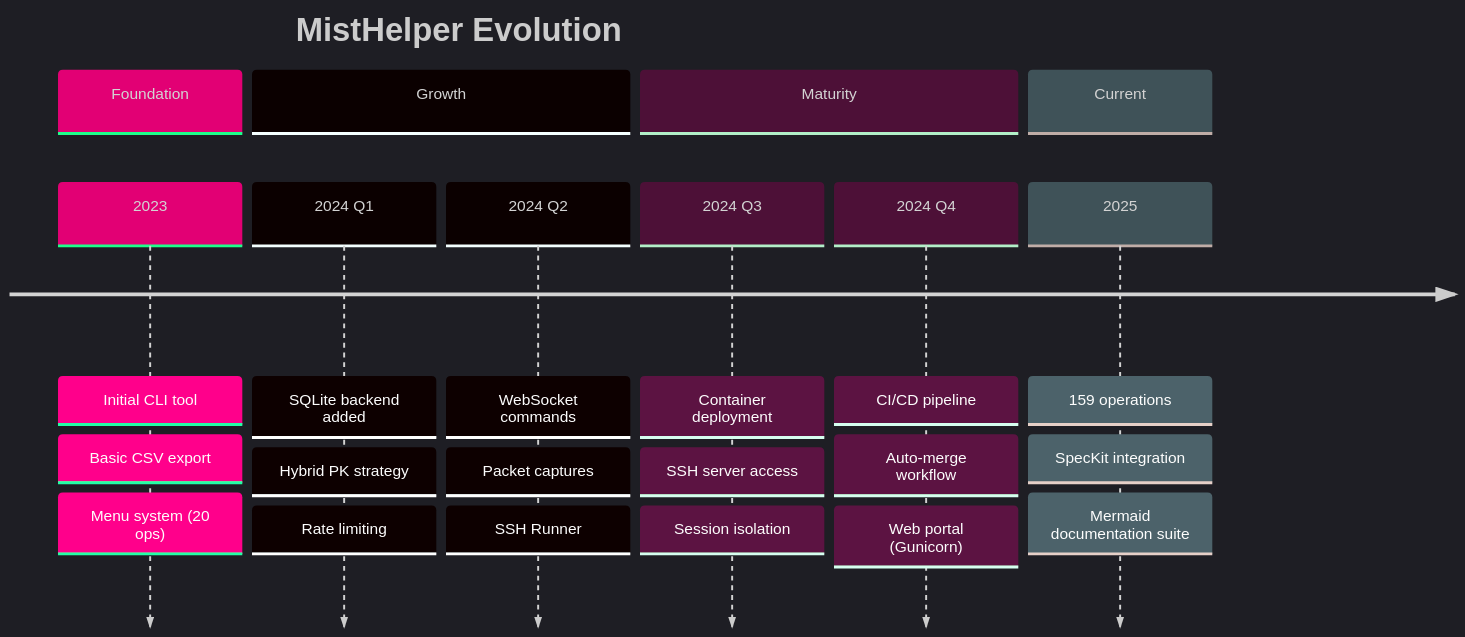
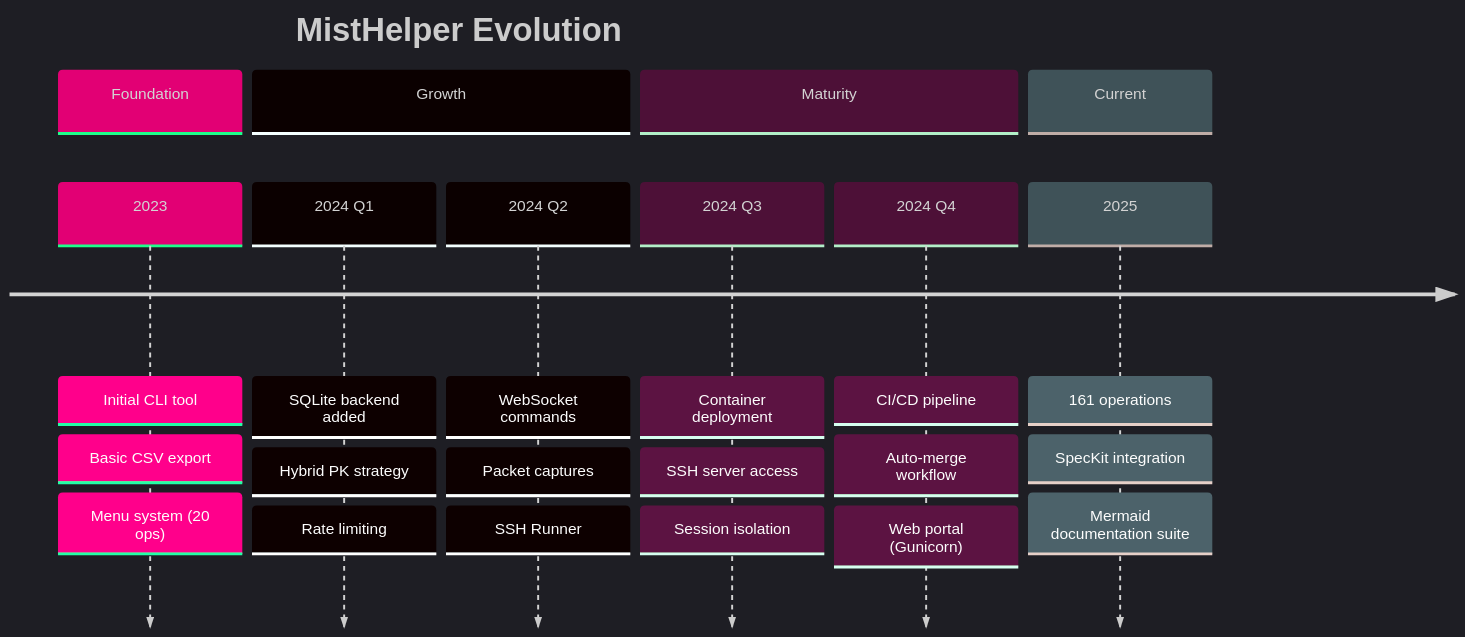
The fifth of 5 diagrams in documentation/diagrams/operations/metrics-and-analytics.md (jmorrison-juniper/MistHelper), drawn with Mermaid before and after one commit. The commit also changed other lines of this file and 5 other files, not shown here.

````diff
--- a/documentation/diagrams/operations/metrics-and-analytics.md
+++ b/documentation/diagrams/operations/metrics-and-analytics.md
@@ -148,35 +147,35 @@
 ```mermaid
 %%{init: {'theme': 'dark', 'themeVariables': {
   'primaryColor': '#E20074',
   'primaryTextColor': '#E0E0E0',
   'primaryBorderColor': '#99004D',
   'lineColor': '#FF4DA6',
   'secondaryColor': '#16213E',
   'tertiaryColor': '#1A1A2E',
   'fontFamily': 'ui-monospace, monospace'
 }}}%%
 timeline
     title MistHelper Evolution
     section Foundation
         2023 : Initial CLI tool
              : Basic CSV export
              : Menu system (20 ops)
     section Growth
         2024 Q1 : SQLite backend added
                 : Hybrid PK strategy
                 : Rate limiting
         2024 Q2 : WebSocket commands
                 : Packet captures
                 : SSH Runner
     section Maturity
         2024 Q3 : Container deployment
                 : SSH server access
                 : Session isolation
         2024 Q4 : CI/CD pipeline
                 : Auto-merge workflow
                 : Web portal (Gunicorn)
     section Current
-        2025 : 159 operations
+        2025 : 161 operations
              : SpecKit integration
              : Mermaid documentation suite
 ```
````
